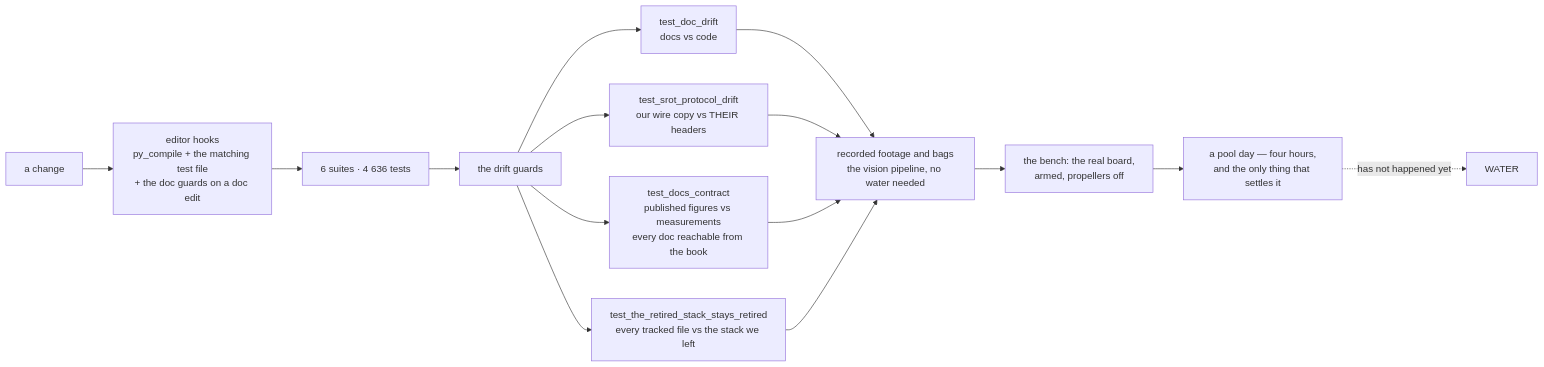
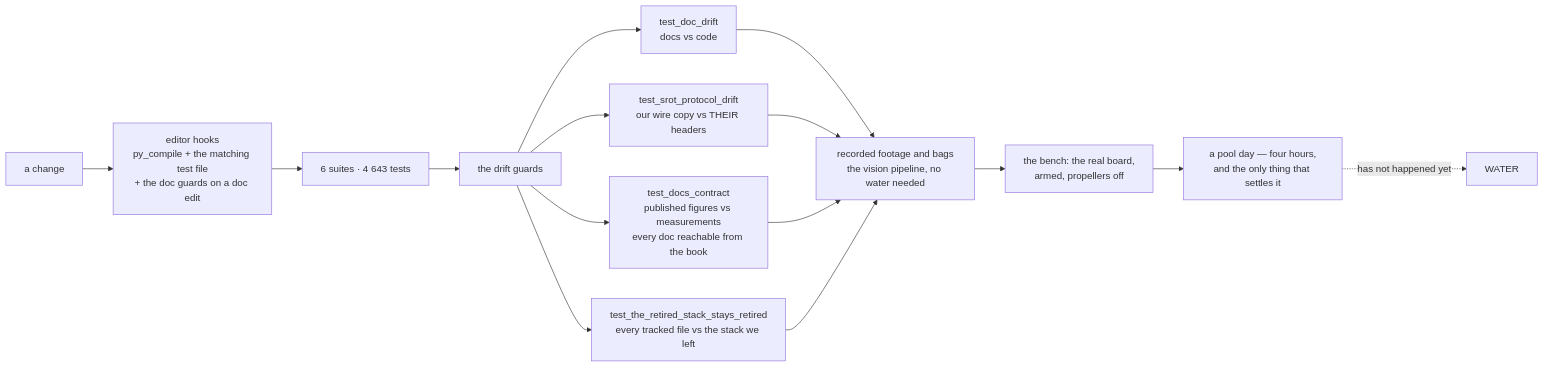
One commit to fh1m/mongla_ws changed the ninth of 10 diagrams in README.md. Above: the diagram before and after it, drawn with Mermaid. The commit also changed other lines of this file and 2 other files, not shown here.

````diff
--- a/README.md
+++ b/README.md
@@ -817,17 +817,17 @@
 ```mermaid
 flowchart LR
     DEV["a change"] --> HOOK["editor hooks<br/>py_compile + the matching test file<br/>+ the doc guards on a doc edit"]
-    HOOK --> UNIT["6 suites · 4 636 tests"]
+    HOOK --> UNIT["6 suites · 4 643 tests"]
     UNIT --> GUARD["the drift guards"]
     GUARD --> G1["test_doc_drift<br/>docs vs code"]
     GUARD --> G2["test_srot_protocol_drift<br/>our wire copy vs THEIR headers"]
     GUARD --> G3["test_docs_contract<br/>published figures vs measurements<br/>every doc reachable from the book"]
     GUARD --> G4["test_the_retired_stack_stays_retired<br/>every tracked file vs the stack we left"]
     G1 --> REPLAY["recorded footage and bags<br/>the vision pipeline, no water needed"]
     G2 --> REPLAY
     G3 --> REPLAY
     G4 --> REPLAY
     REPLAY --> BENCH["the bench: the real board,<br/>armed, propellers off"]
     BENCH --> POOL["a pool day — four hours,<br/>and the only thing that settles it"]
     POOL -.->|"has not happened yet"| WATER["WATER"]
 ```
````
